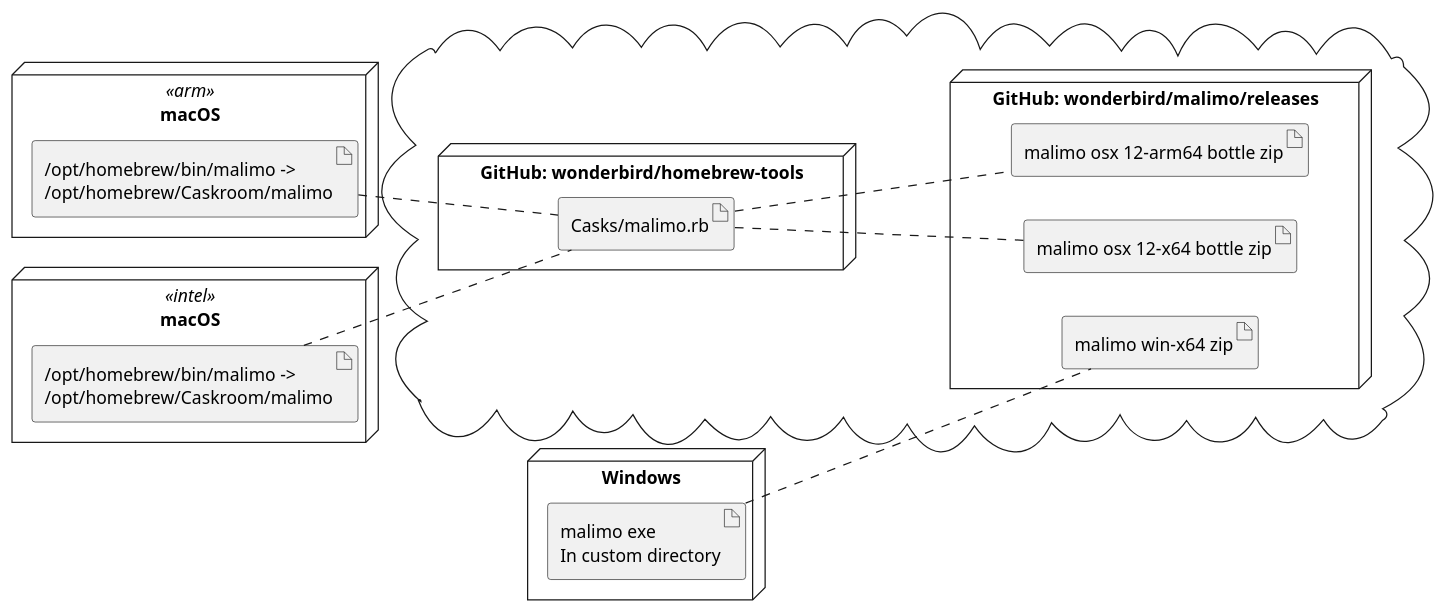
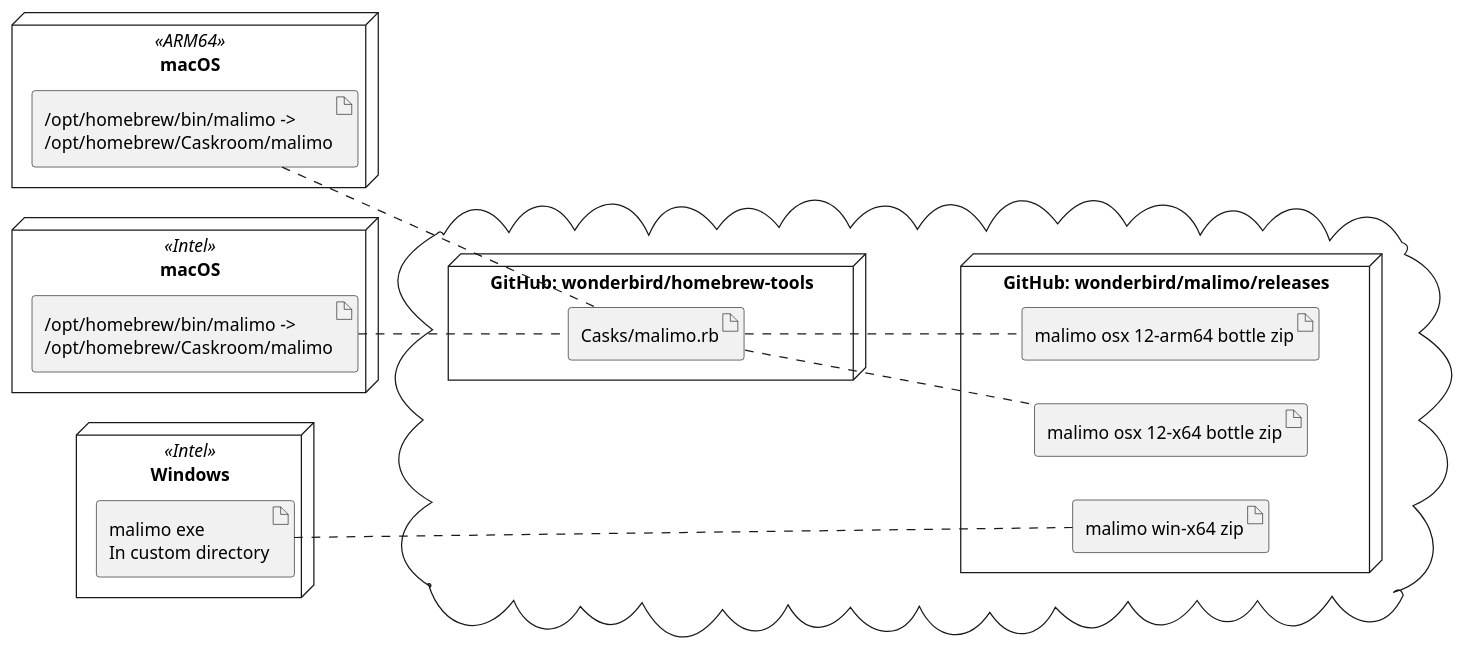
One commit to wonderbird/malimo changed the diagram in docs/plantuml/deployment-view.puml. Above: the diagram before and after it, drawn with PlantUML. The commit also changed 2 other files, not shown here.

```diff
--- a/docs/plantuml/deployment-view.puml
+++ b/docs/plantuml/deployment-view.puml
@@ -1,35 +1,37 @@
 @startuml
 left to right direction
 
-node "macOS" <<arm>> as armMac {
-    artifact "/opt/homebrew/bin/malimo ->\n/opt/homebrew/Caskroom/malimo" as armMalimo
-}
-
-node "macOS" <<intel>> as intelMac {
-    artifact "/opt/homebrew/bin/malimo ->\n/opt/homebrew/Caskroom/malimo" as intelMalimo
-}
-
-node "Windows" {
-    artifact "malimo exe\nIn custom directory" as winMalimo
+together {
+    node "macOS" <<ARM64>> as armMac {
+        artifact "/opt/homebrew/bin/malimo ->\n/opt/homebrew/Caskroom/malimo" as armMalimo
+    }
+    
+    node "macOS" <<Intel>> as intelMac {
+        artifact "/opt/homebrew/bin/malimo ->\n/opt/homebrew/Caskroom/malimo" as intelMalimo
+    }
+    
+    node "Windows" <<Intel>> {
+        artifact "malimo exe\nIn custom directory" as winMalimo
+    }
 }
 
 cloud {
   node "GitHub: wonderbird/malimo/releases" {
     artifact "malimo osx 12-arm64 bottle zip" as armBottle
     artifact "malimo osx 12-x64 bottle zip" as intelBottle
     artifact "malimo win-x64 zip" as winRelease
   }
   
   node "GitHub: wonderbird/homebrew-tools" {
     artifact "Casks/malimo.rb" as cask
   }
 }
 
 cask .. armBottle
 cask .. intelBottle
 
 armMalimo .. cask
 intelMalimo .. cask
 
 winMalimo .. winRelease
 @enduml
```
